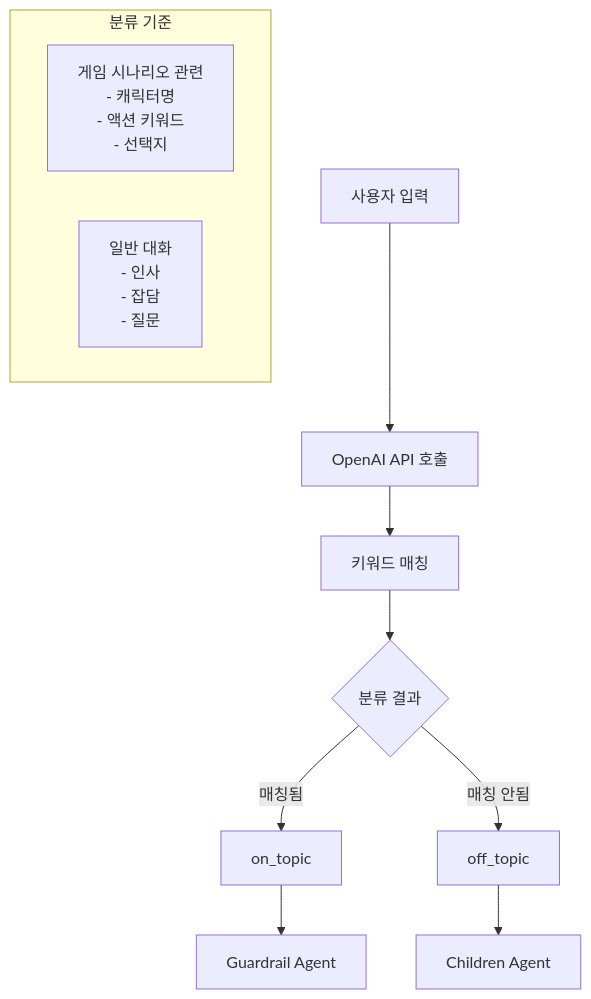
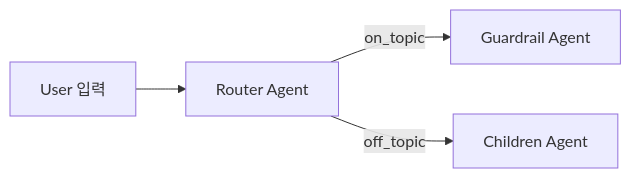
One commit to SKNETWORKS-FAMILY-AICAMP/SKN15-FINAL-5TEAM changed the second of 7 diagrams in documents/in_progress/system-architecture.md. Above: the diagram before and after it, drawn with Mermaid. The commit also changed other lines of this file, not shown here.

````diff
--- a/documents/in_progress/system-architecture.md
+++ b/documents/in_progress/system-architecture.md
@@ -84,15 +68,6 @@
 ```mermaid
-flowchart TD
-    A[사용자 입력] --> B[OpenAI API 호출]
-    B --> C[키워드 매칭]
-    C --> D{분류 결과}
-    D -->|매칭됨| E[on_topic]
-    D -->|매칭 안됨| F[off_topic]
-    E --> G[Guardrail Agent]
-    F --> H[Children Agent]
-    
-    subgraph "분류 기준"
-        I[게임 시나리오 관련<br/>- 캐릭터명<br/>- 액션 키워드<br/>- 선택지]
-        J[일반 대화<br/>- 인사<br/>- 잡담<br/>- 질문]
-    end
-```
+flowchart LR
+  U[User 입력] --> R[Router Agent]
+  R -->|on_topic| G[Guardrail Agent]
+  R -->|off_topic| C[Children Agent]
+```  
````
